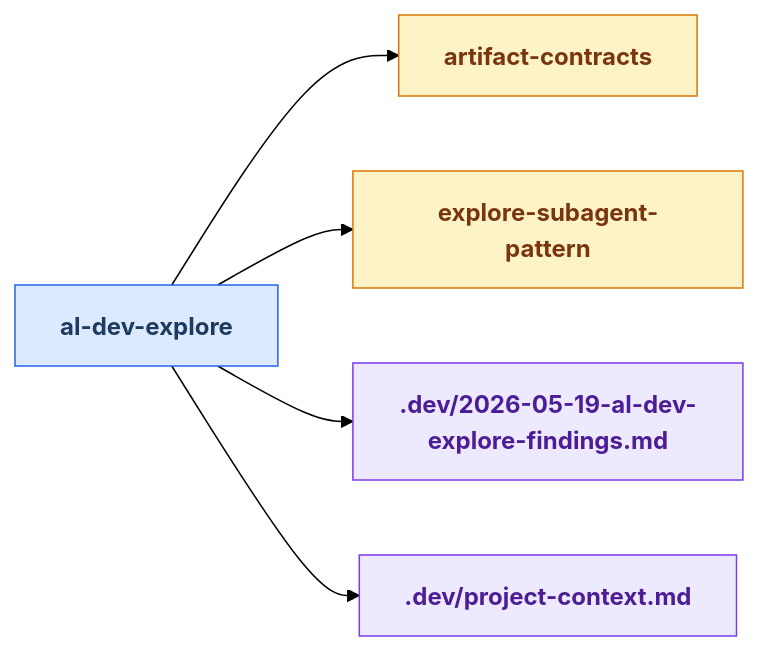
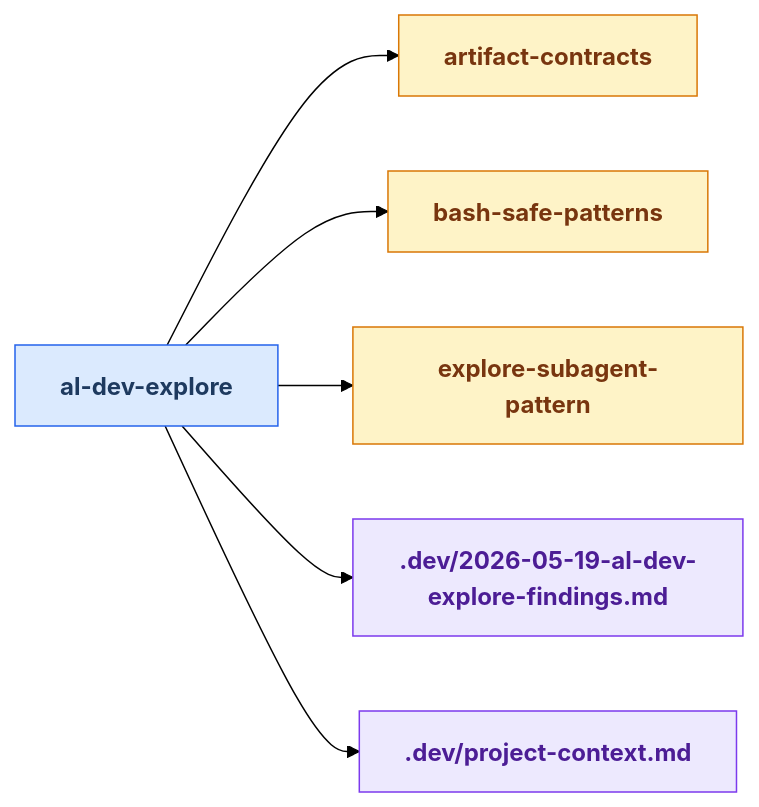
Diagram 16 of 25 in docs/al-dev-skills-map.md (russell-laing/al-dev-shared), drawn with Mermaid (forest theme) before and after one commit. The commit also changed other lines of this file and 3 other files, not shown here.

````diff
--- a/docs/al-dev-skills-map.md
+++ b/docs/al-dev-skills-map.md
@@ -797,25 +797,28 @@
 ```mermaid
 flowchart LR
     classDef skillNode fill:#dbeafe,stroke:#2563eb,color:#1e3a5f,font-weight:bold
     classDef agentNode fill:#d1fae5,stroke:#059669,color:#064e3b,font-weight:bold
     classDef knowledgeNode fill:#fef3c7,stroke:#d97706,color:#78350f,font-weight:bold
     classDef artifactNode fill:#ede9fe,stroke:#7c3aed,color:#4c1d95,font-weight:bold
     classDef phaseNode fill:#e0e7ff,stroke:#6366f1,color:#312e81,font-weight:bold
 
     skill_al_dev_explore[al-dev-explore]
     knowledge_artifact_contracts_md[artifact-contracts]
+    knowledge_bash_safe_patterns_md[bash-safe-patterns]
     knowledge_explore_subagent_pattern_md[explore-subagent-pattern]
     artifact_2026_05_19_al_dev_explore_findings_md[.dev/2026-05-19-al-dev-explore-findings.md]
     artifact_project_context_md[.dev/project-context.md]
 
     skill_al_dev_explore --> knowledge_artifact_contracts_md
+    skill_al_dev_explore --> knowledge_bash_safe_patterns_md
     skill_al_dev_explore --> knowledge_explore_subagent_pattern_md
     skill_al_dev_explore --> artifact_2026_05_19_al_dev_explore_findings_md
     skill_al_dev_explore --> artifact_project_context_md
 
     class skill_al_dev_explore skillNode
     class knowledge_artifact_contracts_md knowledgeNode
+    class knowledge_bash_safe_patterns_md knowledgeNode
     class knowledge_explore_subagent_pattern_md knowledgeNode
     class artifact_2026_05_19_al_dev_explore_findings_md artifactNode
     class artifact_project_context_md artifactNode
 ```
````
